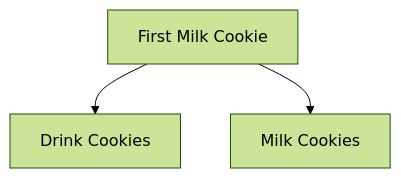
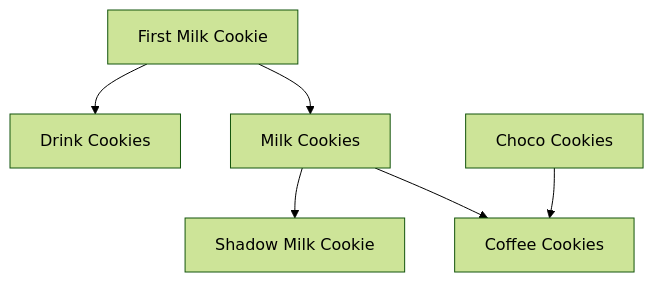
The fourth of 10 diagrams in src/site/notes/Cookies.md (callinj-41/cookie-run-spice-cake-au), drawn with Mermaid (forest theme) before and after one commit. The commit also changed other lines of this file, not shown here.

Commit message:
Update content src/site/notes/Cookies.md

````diff
--- a/src/site/notes/Cookies.md
+++ b/src/site/notes/Cookies.md
@@ -96,5 +96,7 @@
 ```mermaid
 graph TD;
 A[First Milk Cookie]-->B[Drink Cookies]
-A-->C[Milk Cookies]
+A-->C[Milk Cookies]-->D[Shadow Milk Cookie]
+C-->E[Coffee Cookies]
+F[Choco Cookies]-->E
 ```
````
